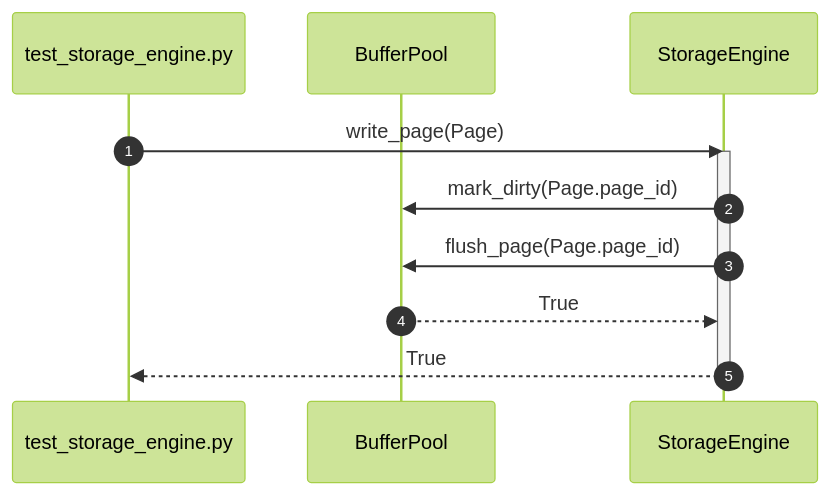
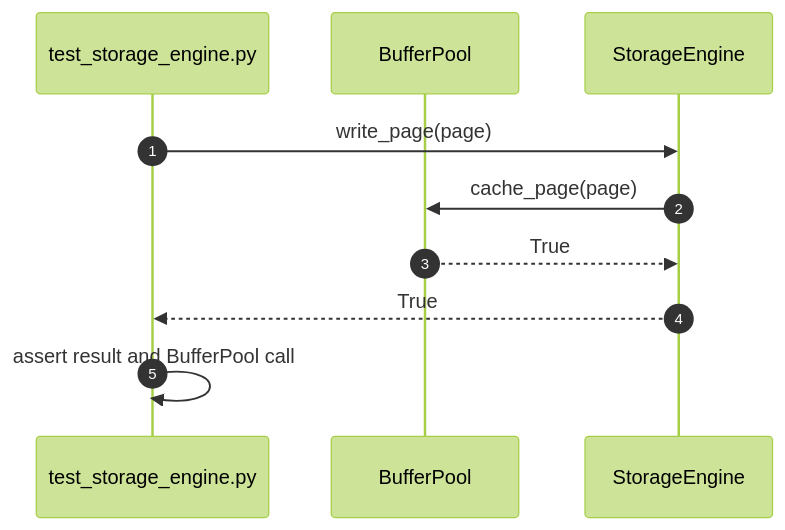
One commit to taitran501/DBMS changed diagram 55 of 56 in diagrams/sequence/storage_engine.md. Above: the diagram before and after it, drawn with Mermaid (forest theme). The commit also changed other lines of this file and 5 other files, not shown here.

Commit message:
test: define buffer pool and Storage Engine

````diff
--- a/diagrams/sequence/storage_engine.md
+++ b/diagrams/sequence/storage_engine.md
@@ -904,15 +899,13 @@
 ```mermaid
 sequenceDiagram
     autonumber
     participant Test as test_storage_engine.py
     participant Pool as BufferPool
     participant SUT as StorageEngine
 
-    Test->>SUT: write_page(Page)
-    activate SUT
-    SUT->>Pool: mark_dirty(Page.page_id)
-    SUT->>Pool: flush_page(Page.page_id)
+    Test->>SUT: write_page(page)
+    SUT->>Pool: cache_page(page)
     Pool-->>SUT: True
     SUT-->>Test: True
-    deactivate SUT
+    Test->>Test: assert result and BufferPool call
 ```
````
